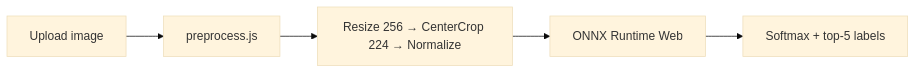
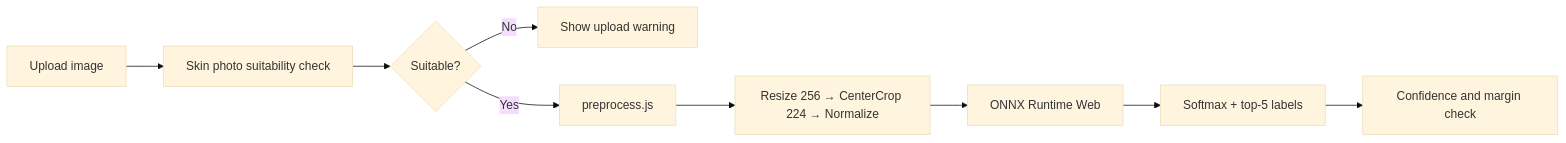
The diagram in README.md (EarlClydeeee/py-react-onnx-resnet50), drawn with Mermaid (base theme) before and after one commit. The commit also changed other lines of this file and 3 other files, not shown here.

Commit message:
Enhance skin lesion classification workflow by adding a browser-side photo validation step. Update README to reflect new validation features and modify Image Classifier component to handle validation results and reliability warnings.

````diff
--- a/README.md
+++ b/README.md
@@ -106,7 +107,11 @@
 ```mermaid
 flowchart LR
-    A[Upload image] --> B[preprocess.js]
-    B --> C["Resize 256 → CenterCrop 224 → Normalize"]
-    C --> D[ONNX Runtime Web]
-    D --> E[Softmax + top-5 labels]
+    A[Upload image] --> B["Skin photo suitability check"]
+    B --> C{Suitable?}
+    C -- No --> D[Show upload warning]
+    C -- Yes --> E[preprocess.js]
+    E --> F["Resize 256 → CenterCrop 224 → Normalize"]
+    F --> G[ONNX Runtime Web]
+    G --> H[Softmax + top-5 labels]
+    H --> I["Confidence and margin check"]
 ```
````
